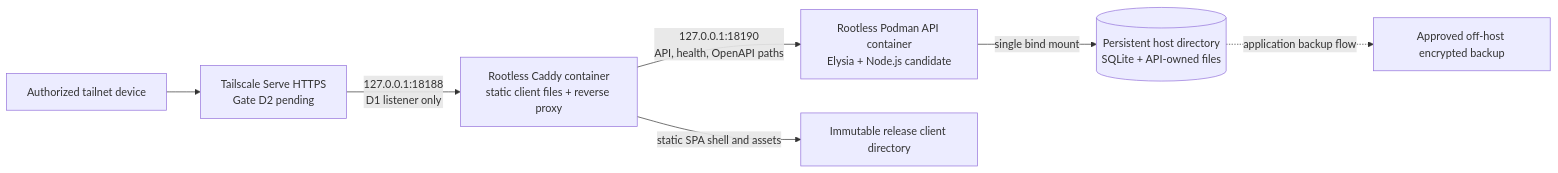
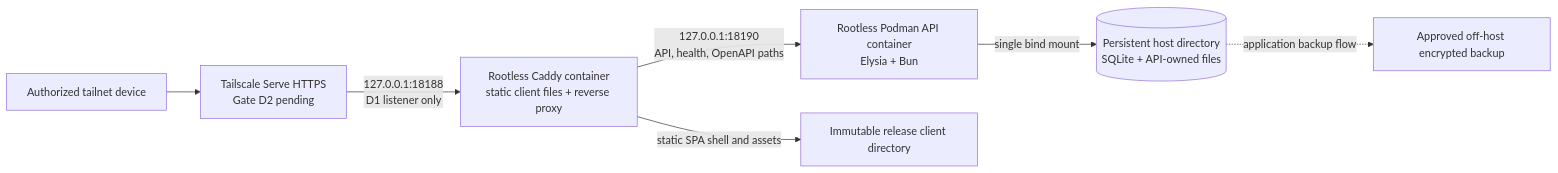
One commit to daoistmadness/operatoros changed the diagram in docs/decisions/podman-deployment.md. Above: the diagram before and after it, drawn with Mermaid. The commit also changed other lines of this file and 56 other files, not shown here.

First line of the commit message:
Restore Bun as the API and SQLite runtime (#395)

```diff
--- a/docs/decisions/podman-deployment.md
+++ b/docs/decisions/podman-deployment.md
@@ -64,16 +64,16 @@
 ~~~mermaid
 flowchart LR
   Browser["Authorized tailnet device"]
   Serve["Tailscale Serve HTTPS<br/>Gate D2 pending"]
   Caddy["Rootless Caddy container<br/>static client files + reverse proxy"]
-  API["Rootless Podman API container<br/>Elysia + Node.js candidate"]
+  API["Rootless Podman API container<br/>Elysia + Bun"]
   Data[("Persistent host directory<br/>SQLite + API-owned files")]
   Backup["Approved off-host encrypted backup"]
 
   Browser --> Serve
   Serve -->|"127.0.0.1:18188<br/>D1 listener only"| Caddy
   Caddy -->|"127.0.0.1:18190<br/>API, health, OpenAPI paths"| API
   Caddy -->|"static SPA shell and assets"| Static["Immutable release client directory"]
   API -->|"single bind mount"| Data
   Data -.->|"application backup flow"| Backup
 ~~~
```
